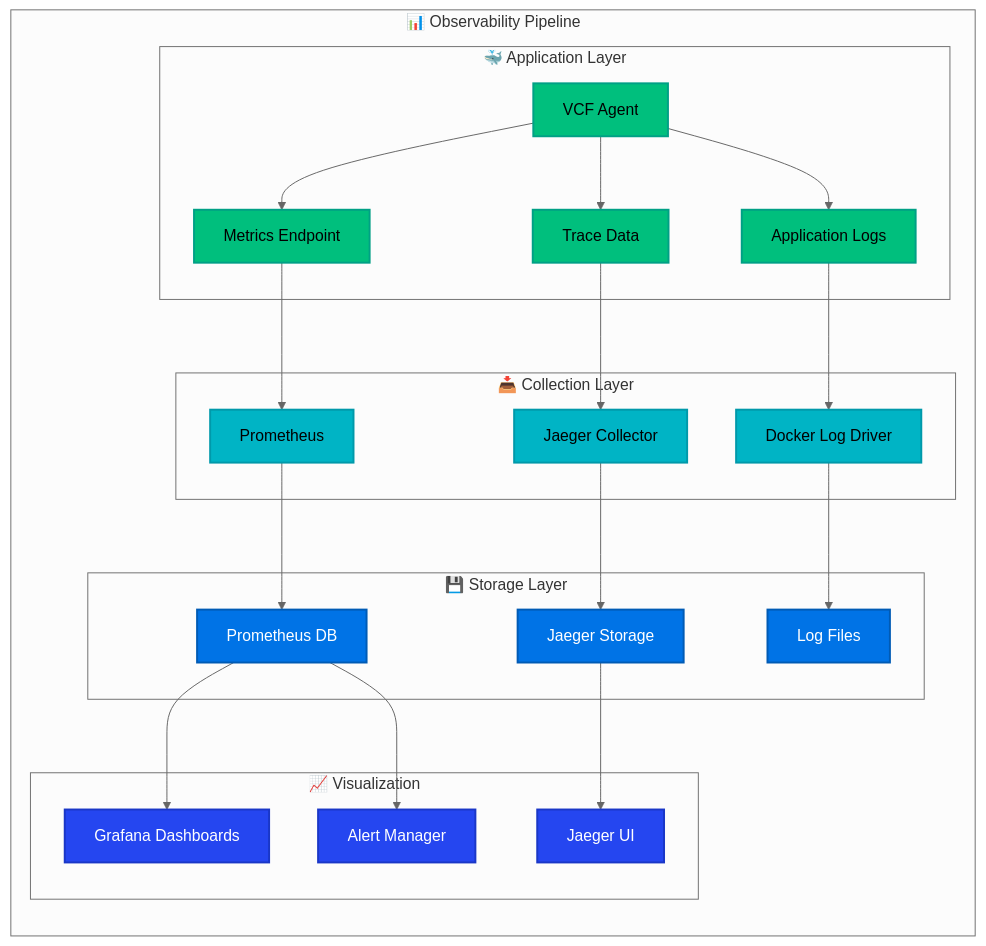
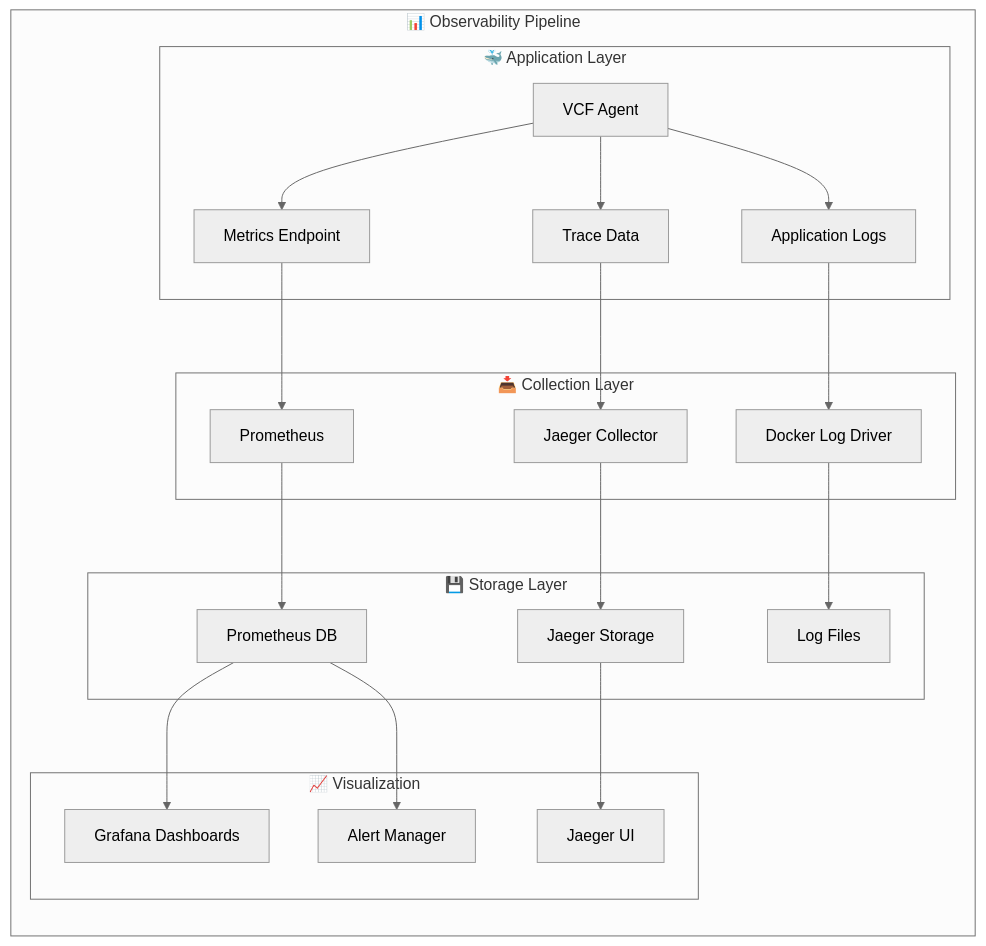
Before and after one commit to elementalcollision/vcf_analysis: the fifth of 5 diagrams in docs/DOCKER.md, drawn with Mermaid (neutral theme). The commit also changed other lines of this file, not shown here.

Commit message:
fix: update Docker Mermaid diagrams for GitHub compatibility - remove unsupported CSS class syntax

````diff
--- a/docs/DOCKER.md
+++ b/docs/DOCKER.md
@@ -435,50 +414,45 @@
 ```mermaid
 flowchart LR
     subgraph "📊 Observability Pipeline"
         subgraph App ["🐳 Application Layer"]
-            VCF[VCF Agent]:::app
-            Metrics[Metrics Endpoint]:::app
-            Traces[Trace Data]:::app
-            Logs[Application Logs]:::app
+            VCF[VCF Agent]
+            Metrics[Metrics Endpoint]
+            Traces[Trace Data]
+            Logs[Application Logs]
         end
         
         subgraph Collection ["📥 Collection Layer"]
-            Prom[Prometheus]:::collect
-            Jaeger[Jaeger Collector]:::collect
-            LogDriver[Docker Log Driver]:::collect
+            Prom[Prometheus]
+            Jaeger[Jaeger Collector]
+            LogDriver[Docker Log Driver]
         end
         
         subgraph Storage ["💾 Storage Layer"]
-            PromDB[Prometheus DB]:::storage
-            JaegerDB[Jaeger Storage]:::storage
-            LogFiles[Log Files]:::storage
+            PromDB[Prometheus DB]
+            JaegerDB[Jaeger Storage]
+            LogFiles[Log Files]
         end
         
         subgraph Visualization ["📈 Visualization"]
-            Grafana[Grafana Dashboards]:::visual
-            JaegerUI[Jaeger UI]:::visual
-            Alerts[Alert Manager]:::visual
+            Grafana[Grafana Dashboards]
+            JaegerUI[Jaeger UI]
+            Alerts[Alert Manager]
         end
     end
     
     VCF --> Metrics
     VCF --> Traces
     VCF --> Logs
     
     Metrics --> Prom
     Traces --> Jaeger
     Logs --> LogDriver
     
     Prom --> PromDB
     Jaeger --> JaegerDB
     LogDriver --> LogFiles
     
     PromDB --> Grafana
     JaegerDB --> JaegerUI
     PromDB --> Alerts
-    
-    classDef app fill:#00bf7d,stroke:#00a085,stroke-width:2px,color:#000000
-    classDef collect fill:#00b4c5,stroke:#0099aa,stroke-width:2px,color:#000000
-    classDef storage fill:#0073e6,stroke:#005bb5,stroke-width:2px,color:#ffffff
-    classDef visual fill:#2546f0,stroke:#1a37c7,stroke-width:2px,color:#ffffff
 ```
````
